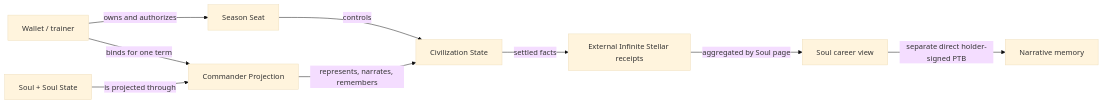
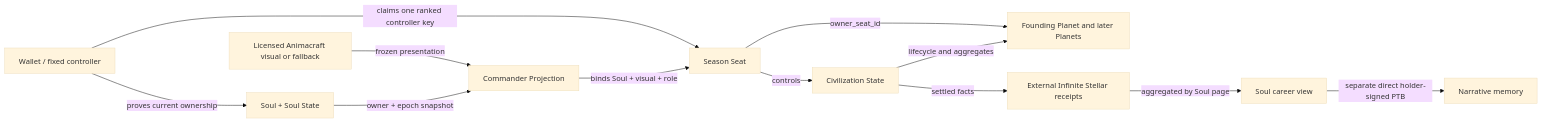
One commit to redefine-digital-labs/infinite-stellar changed the diagram in docs/02-soul-role.md. Above: the diagram before and after it, drawn with Mermaid (base theme). The commit also changed other lines of this file and 14 other files, not shown here.

Commit message:
docs: define Soul-to-stellar onboarding flow

````diff
--- a/docs/02-soul-role.md
+++ b/docs/02-soul-role.md
@@ -25,11 +25,14 @@
 ```mermaid
 flowchart LR
-    W["Wallet / trainer"] -->|owns and authorizes| SS["Season Seat"]
+    W["Wallet / fixed controller"] -->|proves current ownership| S["Soul + Soul State"]
+    W -->|claims one ranked controller key| SS["Season Seat"]
+    A["Licensed Animacraft visual or fallback"] -->|frozen presentation| CP["Commander Projection"]
+    S -->|owner + epoch snapshot| CP
+    CP -->|binds Soul + visual + role| SS
     SS -->|controls| C["Civilization State"]
-    W -->|binds for one term| CP["Commander Projection"]
-    S["Soul + Soul State"] -->|is projected through| CP
-    CP -->|represents, narrates, remembers| C
+    SS -->|owner_seat_id| P0["Founding Planet and later Planets"]
+    C -->|lifecycle and aggregates| P0
     C -->|settled facts| R["External Infinite Stellar receipts"]
     R -->|aggregated by Soul page| P["Soul career view"]
     P -->|separate direct holder-signed PTB| M["Narrative memory"]
 ```
````
